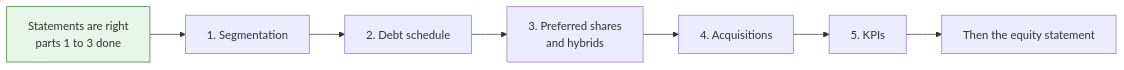
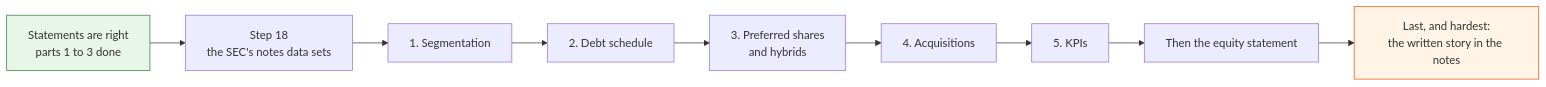
Before and after one commit to g784dwcd2r-crypto/H: diagram 20 of 22 in docs/steps.md, drawn with Mermaid. The commit also changed other lines of this file, not shown here.

````diff
--- a/docs/steps.md
+++ b/docs/steps.md
@@ -674,10 +726,13 @@
 ```mermaid
 flowchart LR
-    S["Statements are right<br/>parts 1 to 3 done"] --> D1["1. Segmentation"]
+    S["Statements are right<br/>parts 1 to 3 done"] --> N["Step 18<br/>the SEC's notes data sets"]
+    N --> D1["1. Segmentation"]
     D1 --> D2["2. Debt schedule"]
     D2 --> D3["3. Preferred shares<br/>and hybrids"]
     D3 --> D4["4. Acquisitions"]
     D4 --> D5["5. KPIs"]
     D5 --> EQ["Then the equity statement"]
+    EQ --> TXT["Last, and hardest:<br/>the written story in the notes"]
     style S fill:#e8f5e9,stroke:#2e7d32
+    style TXT fill:#fff4e5,stroke:#e65100
 ```
````
